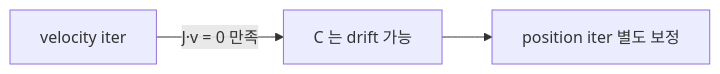
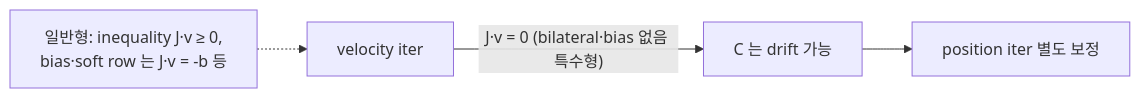
The first of 5 diagrams in physics/part11_sequential_impulse.md (Rein-ArXiv/game-dev-curriculum), drawn with Mermaid before and after one commit. The commit also changed other lines of this file and 279 other files, not shown here.

````diff
--- a/physics/part11_sequential_impulse.md
+++ b/physics/part11_sequential_impulse.md
@@ -225,5 +225,6 @@
 ```mermaid
 flowchart LR
-    V[velocity iter] -->|J·v = 0 만족| Drift[C 는 drift 가능]
+    V[velocity iter] -->|"J·v = 0 (bilateral·bias 없음 특수형)"| Drift[C 는 drift 가능]
     Drift --> Pos[position iter 별도 보정]
+    General[일반형: inequality J·v ≥ 0,<br/>bias·soft row 는 J·v = -b 등] -.-> V
 ```
````
